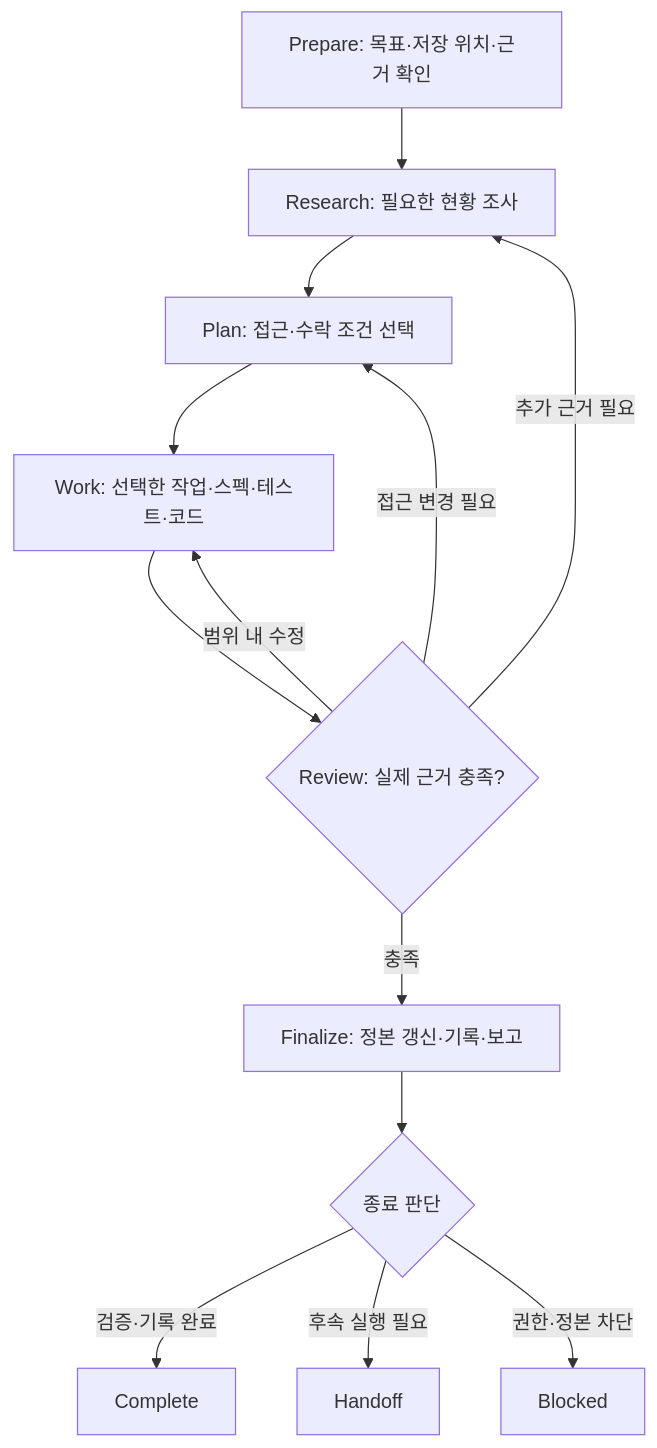
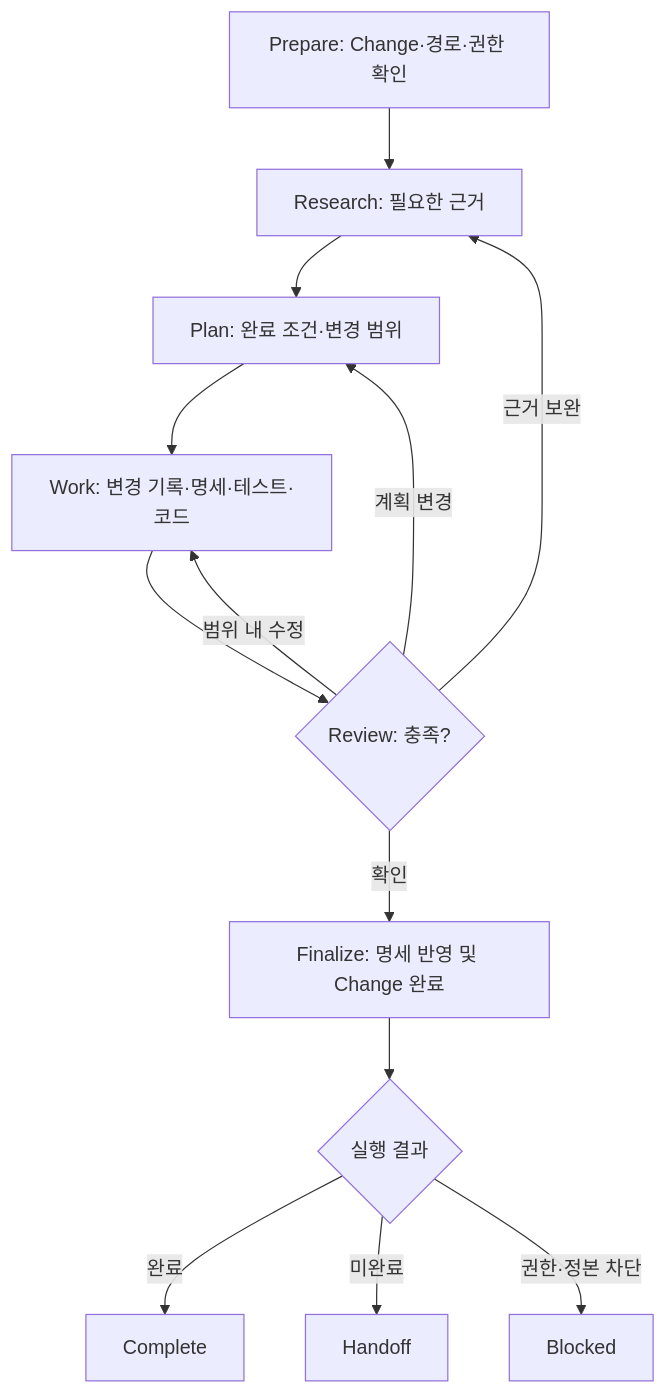
Before and after one commit to mols3131d/mols-agent-assets: the diagram in src/rulesync/.rulesync/skills/mols-stdd/references/default-workflow.md, drawn with Mermaid. The commit also changed other lines of this file and 7 other files, not shown here.

````diff
--- a/src/rulesync/.rulesync/skills/mols-stdd/references/default-workflow.md
+++ b/src/rulesync/.rulesync/skills/mols-stdd/references/default-workflow.md
@@ -9,15 +5,15 @@
 ```mermaid
 flowchart TD
-    A["Prepare: 목표·저장 위치·근거 확인"] --> B["Research: 필요한 현황 조사"]
-    B --> C["Plan: 접근·수락 조건 선택"]
-    C --> D["Work: 선택한 작업·스펙·테스트·코드"]
-    D --> E{"Review: 실제 근거 충족?"}
-    E -->|"추가 근거 필요"| B
-    E -->|"접근 변경 필요"| C
+    A["Prepare: Change·경로·권한 확인"] --> B["Research: 필요한 근거"]
+    B --> C["Plan: 완료 조건·변경 범위"]
+    C --> D["Work: 변경 기록·명세·테스트·코드"]
+    D --> E{"Review: 충족?"}
+    E -->|"근거 보완"| B
+    E -->|"계획 변경"| C
     E -->|"범위 내 수정"| D
-    E -->|"충족"| F["Finalize: 정본 갱신·기록·보고"]
-    F --> G{"종료 판단"}
-    G -->|"검증·기록 완료"| H["Complete"]
-    G -->|"후속 실행 필요"| I["Handoff"]
+    E -->|"확인"| F["Finalize: 명세 반영 및 Change 완료"]
+    F --> G{"실행 결과"}
+    G -->|"완료"| H["Complete"]
+    G -->|"미완료"| I["Handoff"]
     G -->|"권한·정본 차단"| J["Blocked"]
 ```
````
